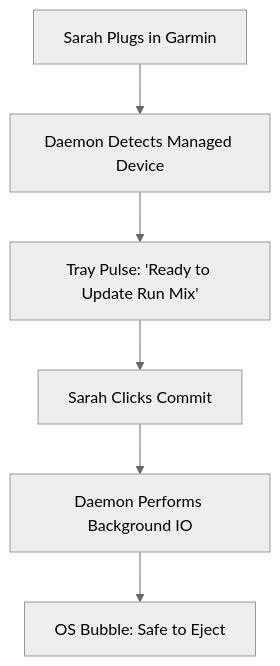
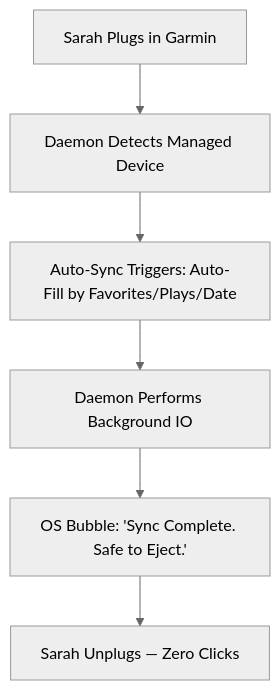
Before and after one commit to HifiMule/HifiMule: the diagram in _bmad-output/planning-artifacts/ux-design-specification.md, drawn with Mermaid (neutral theme). The commit also changed other lines of this file and 5 other files, not shown here.

````diff
--- a/_bmad-output/planning-artifacts/ux-design-specification.md
+++ b/_bmad-output/planning-artifacts/ux-design-specification.md
@@ -62,8 +62,8 @@
 ```mermaid
 graph TD
     A[Sarah Plugs in Garmin] --> B[Daemon Detects Managed Device]
-    B --> C[Tray Pulse: 'Ready to Update Run Mix']
-    C --> D[Sarah Clicks Commit]
-    D --> E[Daemon Performs Background IO]
-    E --> F[OS Bubble: Safe to Eject]
+    B --> C[Auto-Sync Triggers: Auto-Fill by Favorites/Plays/Date]
+    C --> D[Daemon Performs Background IO]
+    D --> E[OS Bubble: 'Sync Complete. Safe to Eject.']
+    E --> F[Sarah Unplugs — Zero Clicks]
 ```
````
